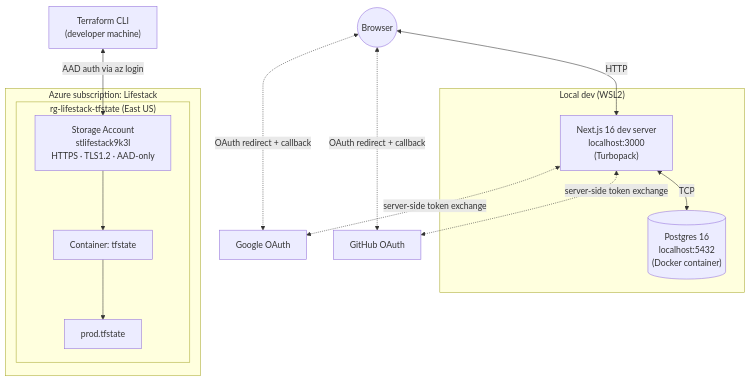
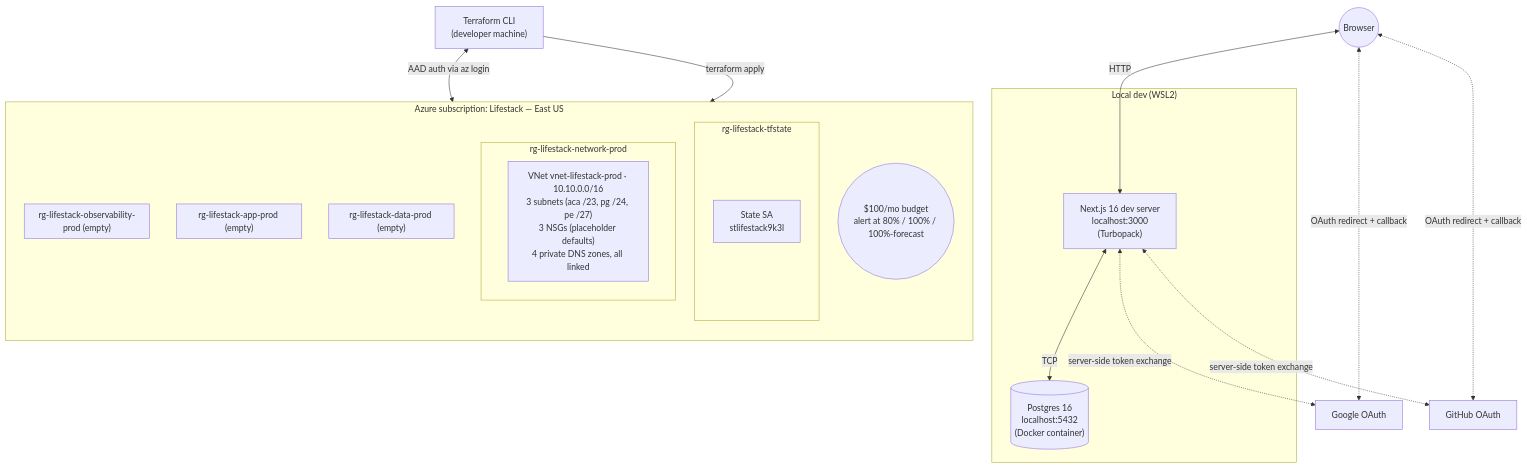
One commit to bkylee/lifestack changed the first of 3 diagrams in docs/architecture.md. Above: the diagram before and after it, drawn with Mermaid. The commit also changed other lines of this file and 11 other files, not shown here.

First line of the commit message:
feat: add network module — VNet, subnets, NSGs, private DNS zones

````diff
--- a/docs/architecture.md
+++ b/docs/architecture.md
@@ -13,30 +13,39 @@
 ```mermaid
 flowchart TB
   Browser((Browser))
   Google[Google OAuth]
   GitHub[GitHub OAuth]
 
   subgraph Local["Local dev (WSL2)"]
     Next["Next.js 16 dev server<br/>localhost:3000<br/>(Turbopack)"]
     Pg[("Postgres 16<br/>localhost:5432<br/>(Docker container)")]
     Next <-->|TCP| Pg
   end
 
   Browser <-->|HTTP| Next
   Browser <-.->|OAuth redirect + callback| Google
   Browser <-.->|OAuth redirect + callback| GitHub
   Next <-.->|server-side token exchange| Google
   Next <-.->|server-side token exchange| GitHub
 
-  subgraph AzureSub["Azure subscription: Lifestack"]
-    subgraph TfRG["rg-lifestack-tfstate (East US)"]
-      SA["Storage Account<br/>stlifestack9k3l<br/>HTTPS · TLS1.2 · AAD-only"]
-      Cont["Container: tfstate"]
-      Blob["prod.tfstate"]
-      SA --> Cont --> Blob
+  subgraph AzureSub["Azure subscription: Lifestack — East US"]
+    direction TB
+    subgraph TfRG["rg-lifestack-tfstate"]
+      SA["State SA<br/>stlifestack9k3l"]
     end
+    subgraph NetRG["rg-lifestack-network-prod"]
+      VNet["VNet vnet-lifestack-prod · 10.10.0.0/16<br/>3 subnets (aca /23, pg /24, pe /27)<br/>3 NSGs (placeholder defaults)<br/>4 private DNS zones, all linked"]
+    end
+    subgraph DataRG["rg-lifestack-data-prod (empty)"]
+    end
+    subgraph AppRG["rg-lifestack-app-prod (empty)"]
+    end
+    subgraph ObsRG["rg-lifestack-observability-prod (empty)"]
+    end
+    Budget(("$100/mo budget<br/>alert at 80% / 100% / 100%-forecast"))
   end
 
   TfCLI["Terraform CLI<br/>(developer machine)"]
   TfCLI <-->|AAD auth via az login| SA
+  TfCLI -->|terraform apply| NetRG
 ```
````
